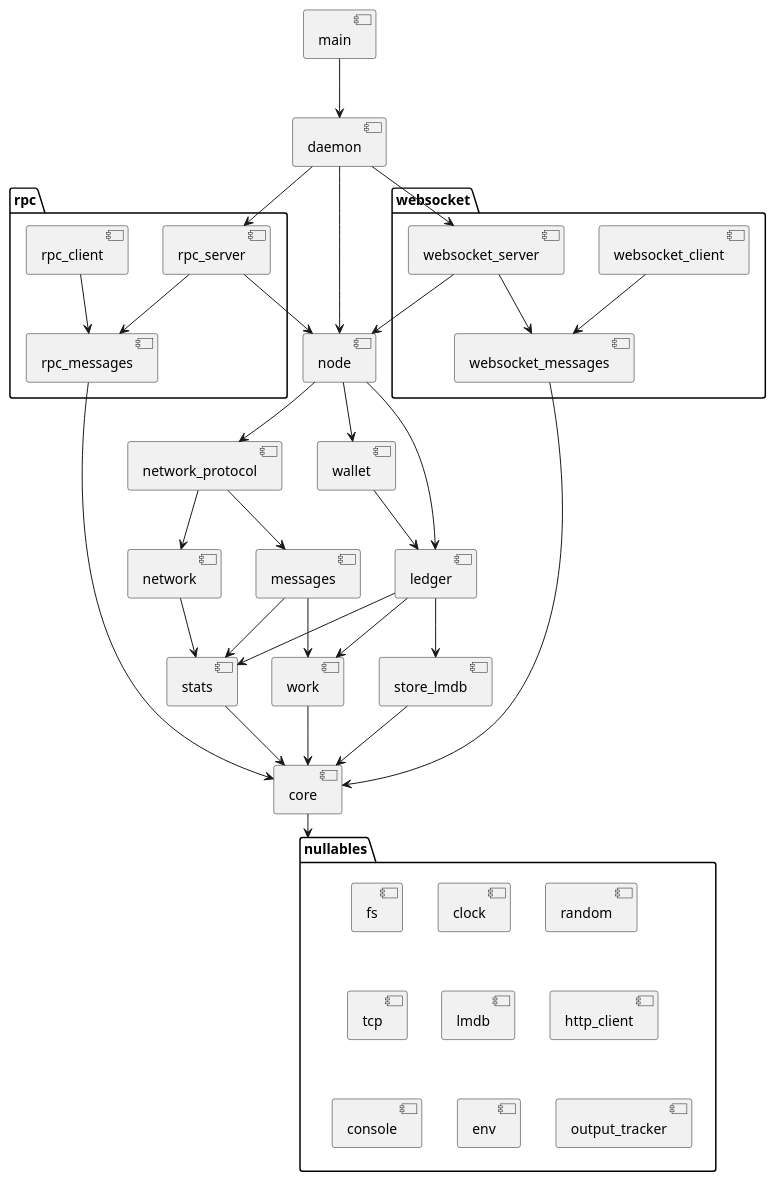
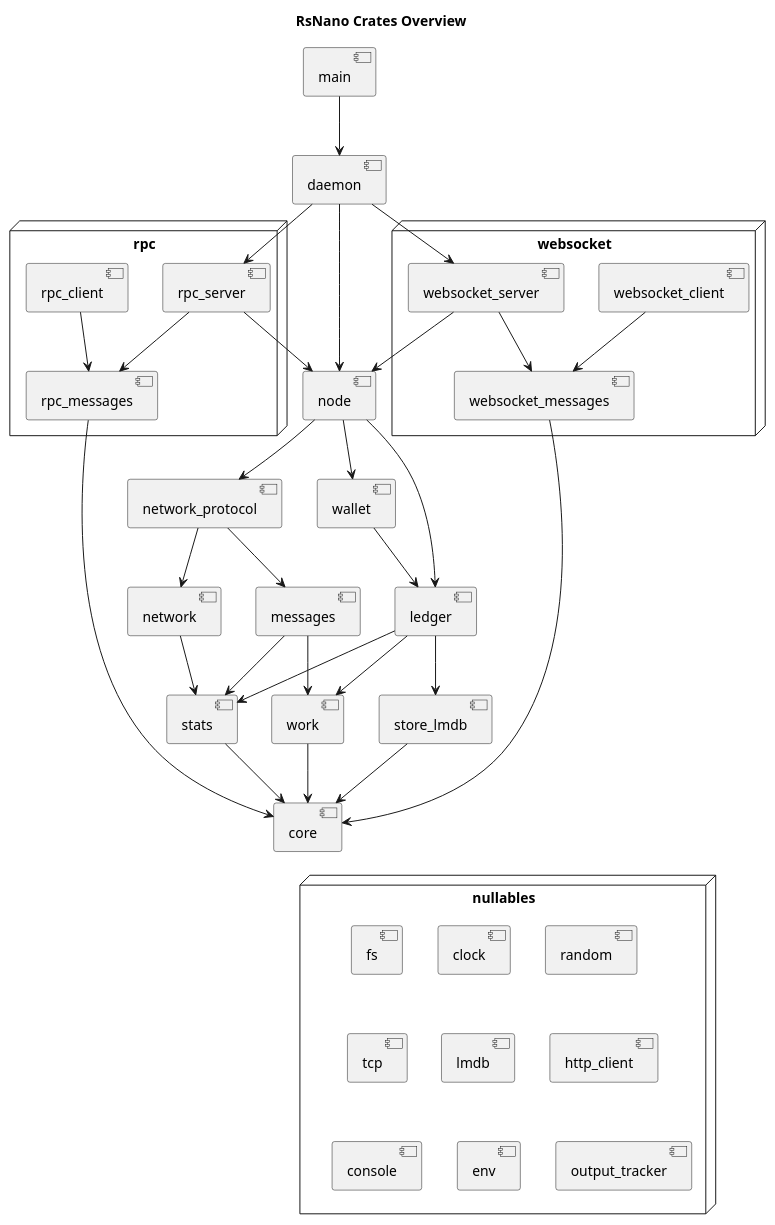
Before and after one commit to RickiNano/nano-node: the diagram in doc/crates.puml, drawn with PlantUML. The commit also changed 3 other files, not shown here.

```diff
--- a/doc/crates.puml
+++ b/doc/crates.puml
@@ -1,67 +1,69 @@
 @startuml
+title RsNano Crates Overview
+
 [core]
 [work]
 [stats]
 [ledger]
 [store_lmdb]
 [messages]
 [network]
 [network_protocol]
 [daemon]
 [node]
 [main]
 [wallet]
 
-folder "rpc"{
+node "rpc"{
 [rpc_messages]
 [rpc_server]
 [rpc_client]
 }
 
-folder "websocket"{
+node "websocket"{
 [websocket_messages]
 [websocket_server]
 [websocket_client]
 }
 
-folder "nullables"{
+node "nullables" {
 [fs]
 [clock]
 [random]
 [tcp]
 [lmdb]
 [http_client]
 [console]
 [env]
 [output_tracker]
 }
 
 [main] --> [daemon]
 [daemon] --> [node]
 [daemon] --> [rpc_server]
 [daemon] --> [websocket_server]
 [rpc_server] --> [node]
 [rpc_server] --> [rpc_messages]
 [rpc_client] --> [rpc_messages]
 [rpc_messages] --> [core]
 [node] --> [ledger]
 [node] --> [network_protocol]
 [node] --> [wallet]
 [network_protocol] --> messages
 [network_protocol] --> network
 [websocket_server] --> [websocket_messages]
 [websocket_server] --> [node]
 [websocket_messages] --> [core]
 [websocket_client] --> [websocket_messages]
 [messages] --> [work]
 [messages] --> [stats]
 [network] --> [stats]
 [ledger] --> [store_lmdb]
 [ledger] --> [work]
 [ledger] --> [stats]
 [store_lmdb] --> [core]
 [work] --> [core]
 [stats] --> [core]
 [wallet] --> [ledger]
-[core] --> "nullables"
+[core] -[hidden]-> "nullables"
 @enduml
```
